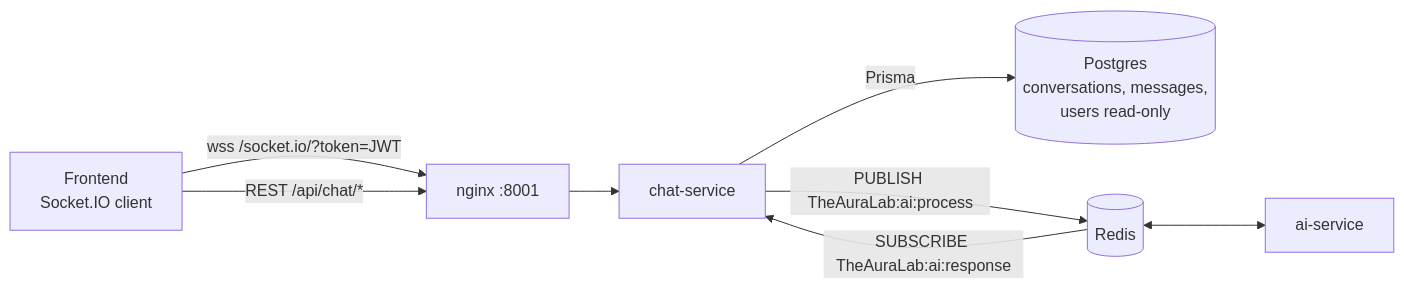
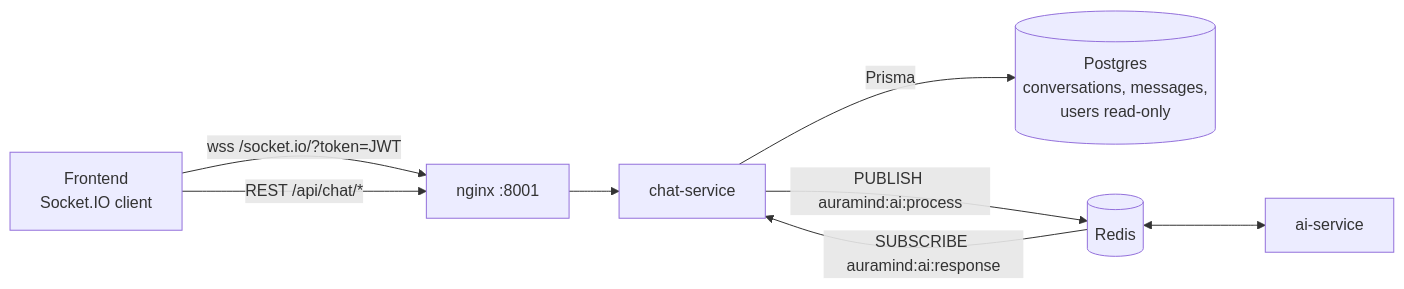
The first of 4 diagrams in services/chat-service/README.md (master-node1/the-aura-mind), drawn with Mermaid before and after one commit. The commit also changed other lines of this file and 37 other files, not shown here.

````diff
--- a/services/chat-service/README.md
+++ b/services/chat-service/README.md
@@ -33,10 +33,10 @@
 ```mermaid
 flowchart LR
     FE[Frontend<br/>Socket.IO client] -- "wss /socket.io/?token=JWT" --> GW[nginx :8001]
     GW --> CS[chat-service]
     FE -- "REST /api/chat/*" --> GW
     CS -->|Prisma| PG[(Postgres<br/>conversations, messages,<br/>users read-only)]
-    CS -- "PUBLISH TheAuraLab:ai:process" --> R[(Redis)]
-    R -- "SUBSCRIBE TheAuraLab:ai:response" --> CS
+    CS -- "PUBLISH auramind:ai:process" --> R[(Redis)]
+    R -- "SUBSCRIBE auramind:ai:response" --> CS
     R <--> AI[ai-service]
 ```
````
